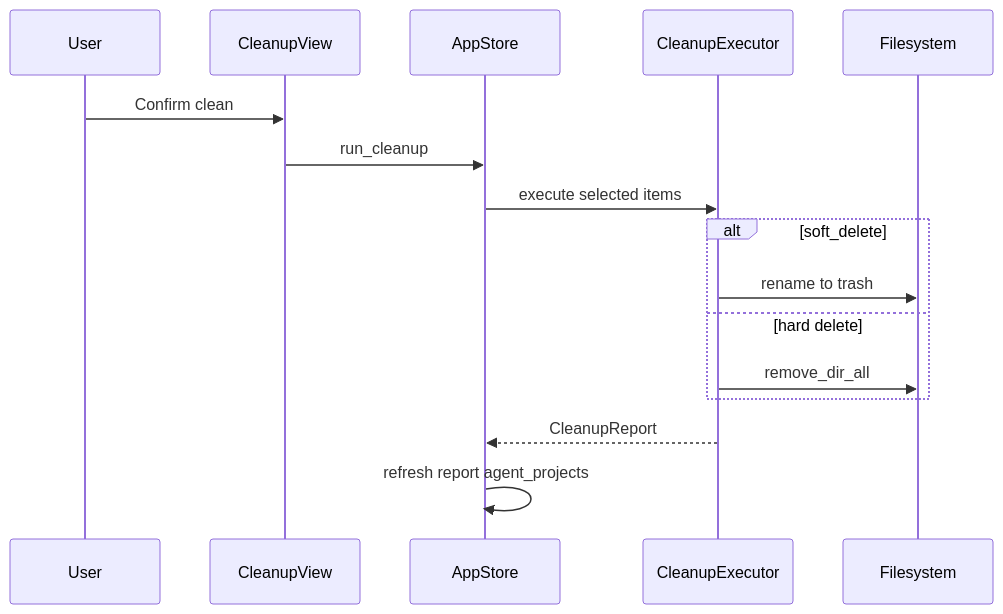
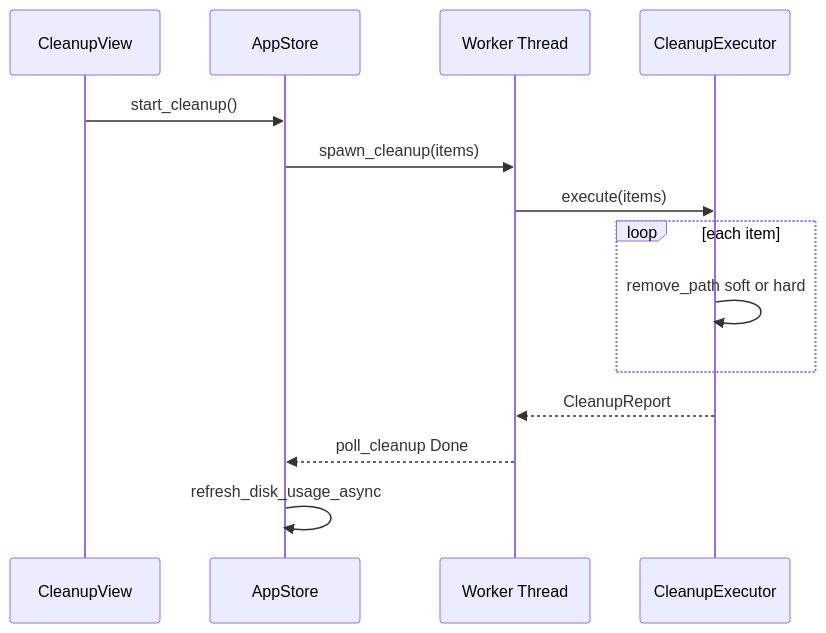
One commit to sopaco/CLV3000-Plus changed the sixth of 6 diagrams in .terrain/human/2.Architecture.md. Above: the diagram before and after it, drawn with Mermaid. The commit also changed other lines of this file and 15 other files, not shown here.

````diff
--- a/.terrain/human/2.Architecture.md
+++ b/.terrain/human/2.Architecture.md
@@ -174,19 +177,17 @@
 ```mermaid
 sequenceDiagram
-    participant User
-    participant Cleanup as CleanupView
-    participant Store as AppStore
-    participant Exec as CleanupExecutor
-    participant FS as Filesystem
+    participant V as CleanupView
+    participant S as AppStore
+    participant W as Worker Thread
+    participant E as CleanupExecutor
 
-    User->>Cleanup: Confirm clean
-    Cleanup->>Store: run_cleanup
-    Store->>Exec: execute selected items
-    alt soft_delete
-        Exec->>FS: rename to trash
-    else hard delete
-        Exec->>FS: remove_dir_all
+    V->>S: start_cleanup()
+    S->>W: spawn_cleanup(items)
+    W->>E: execute(items)
+    loop each item
+        E->>E: remove_path soft or hard
     end
-    Exec-->>Store: CleanupReport
-    Store->>Store: refresh report agent_projects
+    E-->>W: CleanupReport
+    W-->>S: poll_cleanup Done
+    S->>S: refresh_disk_usage_async
 ```
````
